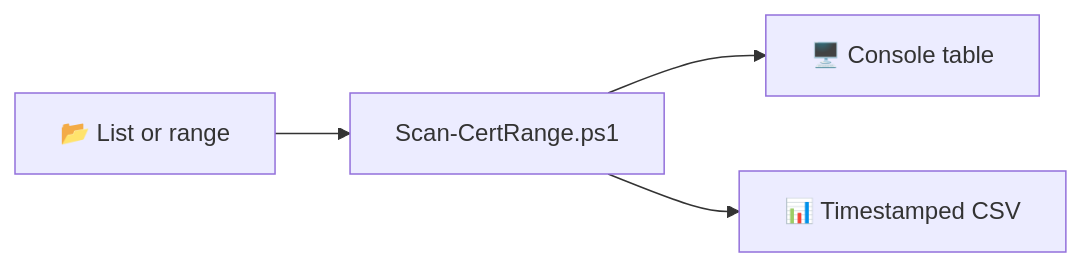
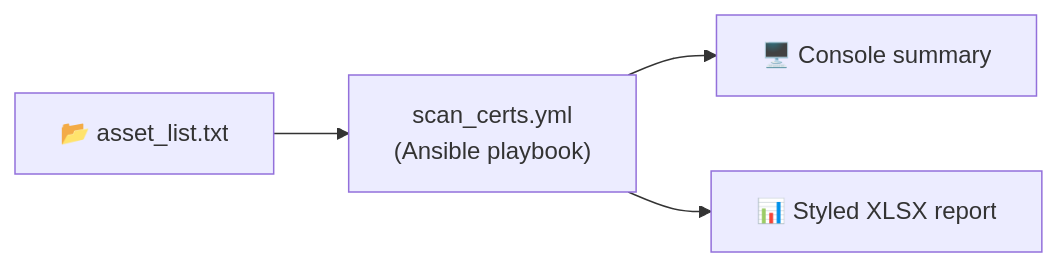
Before and after one commit to amrmarey/cert-scan: the diagram in README.md, drawn with Mermaid. The commit also changed other lines of this file, not shown here.

````diff
--- a/README.md
+++ b/README.md
@@ -41,6 +39,6 @@
 ```mermaid
 flowchart LR
-    A["📂 List or range"] --> B["Scan-CertRange.ps1"]
-    B --> C["🖥️ Console table"]
-    B --> D["📊 Timestamped CSV"]
+    A["📂 asset_list.txt"] --> B["scan_certs.yml\n(Ansible playbook)"]
+    B --> C["🖥️ Console summary"]
+    B --> D["📊 Styled XLSX report"]
 ```
````
